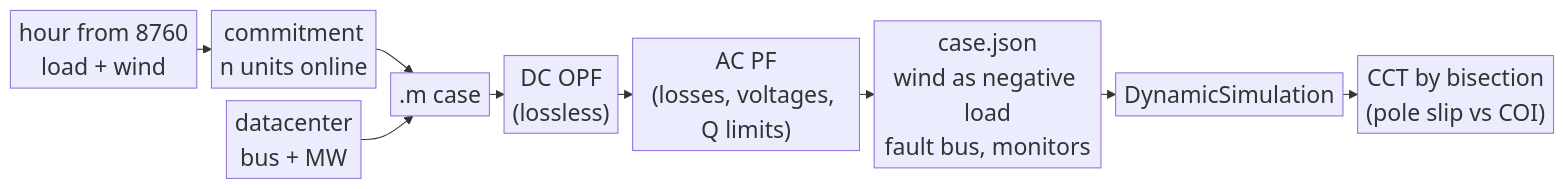
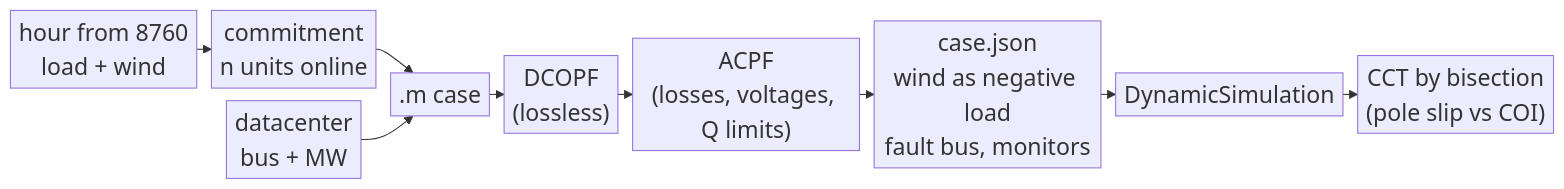
The second of 4 diagrams in uq-usecase/work-notes/datacenter_pilot_report.md (ORNL/GridKit), drawn with Mermaid before and after one commit. The commit also changed other lines of this file and 3 other files, not shown here.

````diff
--- a/uq-usecase/work-notes/datacenter_pilot_report.md
+++ b/uq-usecase/work-notes/datacenter_pilot_report.md
@@ -140,12 +140,12 @@
 ```mermaid
 %%{init: {"fontSize": 22, "themeVariables": {"fontSize": "22px"}, "flowchart": {"nodeSpacing": 12, "rankSpacing": 14, "padding": 4}}}%%
 flowchart LR
     H[hour from 8760<br/>load + wind] --> UC[commitment<br/>n units online]
     UC --> M[".m case"]
     DC[datacenter<br/>bus + MW] --> M
-    M --> O["DC OPF<br/>(lossless)"]
-    O --> P["AC PF<br/>(losses, voltages, Q limits)"]
+    M --> O["DCOPF<br/>(lossless)"]
+    O --> P["ACPF<br/>(losses, voltages, Q limits)"]
     P --> C["case.json<br/>wind as negative load<br/>fault bus, monitors"]
     C --> S["DynamicSimulation"]
     S --> Q["CCT by bisection<br/>(pole slip vs COI)"]
 ```
````
